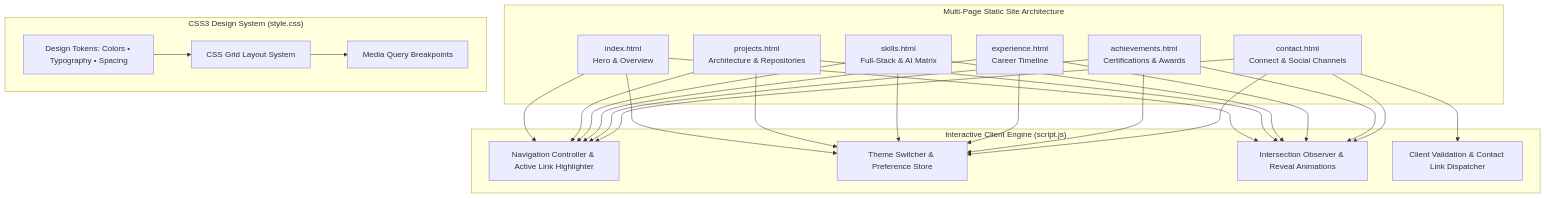
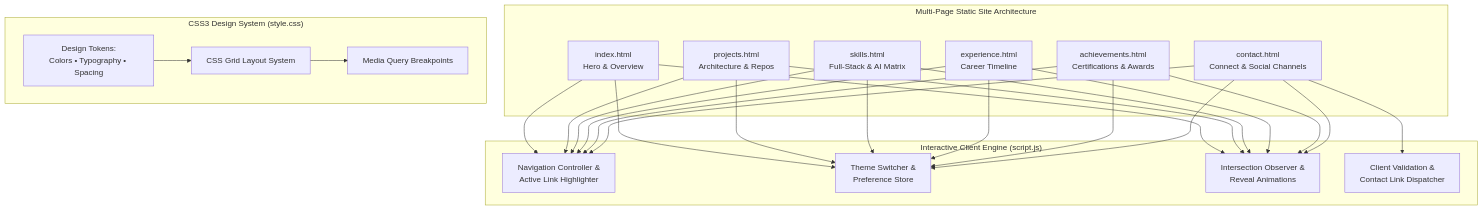
Before and after one commit to ISBANDURAHUMAN-R/_PORTFOLIO_: the diagram in README.md, drawn with Mermaid.

Commit message:
docs: fix Mermaid diagram text visibility, wrapping and responsive layout

````diff
--- a/README.md
+++ b/README.md
@@ -19,30 +19,30 @@
 ```mermaid
 graph TD
     subgraph Navigation ["Multi-Page Static Site Architecture"]
         Index["index.html<br/>Hero & Overview"]
-        Projects["projects.html<br/>Architecture & Repositories"]
+        Projects["projects.html<br/>Architecture & Repos"]
         Skills["skills.html<br/>Full-Stack & AI Matrix"]
         Experience["experience.html<br/>Career Timeline"]
         Achievements["achievements.html<br/>Certifications & Awards"]
         Contact["contact.html<br/>Connect & Social Channels"]
     end
 
     subgraph ClientCore ["Interactive Client Engine (script.js)"]
-        NavRouter["Navigation Controller & Active Link Highlighter"]
-        ThemeEngine["Theme Switcher & Preference Store"]
-        ScrollObserver["Intersection Observer & Reveal Animations"]
-        FormHandler["Client Validation & Contact Link Dispatcher"]
+        NavRouter["Navigation Controller &<br/>Active Link Highlighter"]
+        ThemeEngine["Theme Switcher &<br/>Preference Store"]
+        ScrollObserver["Intersection Observer &<br/>Reveal Animations"]
+        FormHandler["Client Validation &<br/>Contact Link Dispatcher"]
     end
 
     subgraph StylesheetLayer ["CSS3 Design System (style.css)"]
-        Tokens["Design Tokens: Colors • Typography • Spacing"]
+        Tokens["Design Tokens:<br/>Colors • Typography • Spacing"]
         Grid["CSS Grid Layout System"]
         Responsive["Media Query Breakpoints"]
     end
 
     Index & Projects & Skills & Experience & Achievements & Contact --> NavRouter
     Index & Projects & Skills & Experience & Achievements & Contact --> ThemeEngine
     Index & Projects & Skills & Experience & Achievements & Contact --> ScrollObserver
     Contact --> FormHandler
     Tokens --> Grid --> Responsive
 ```
````
